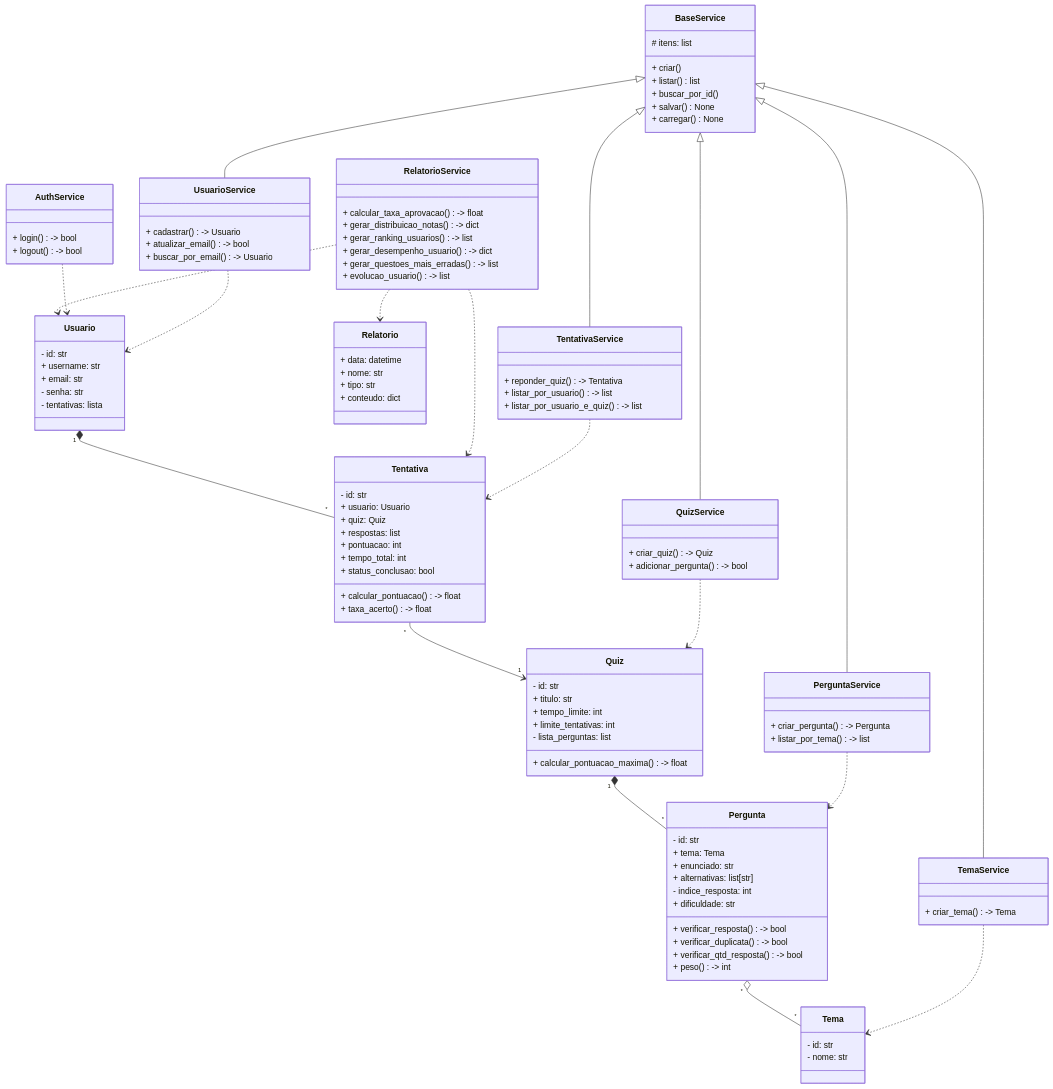
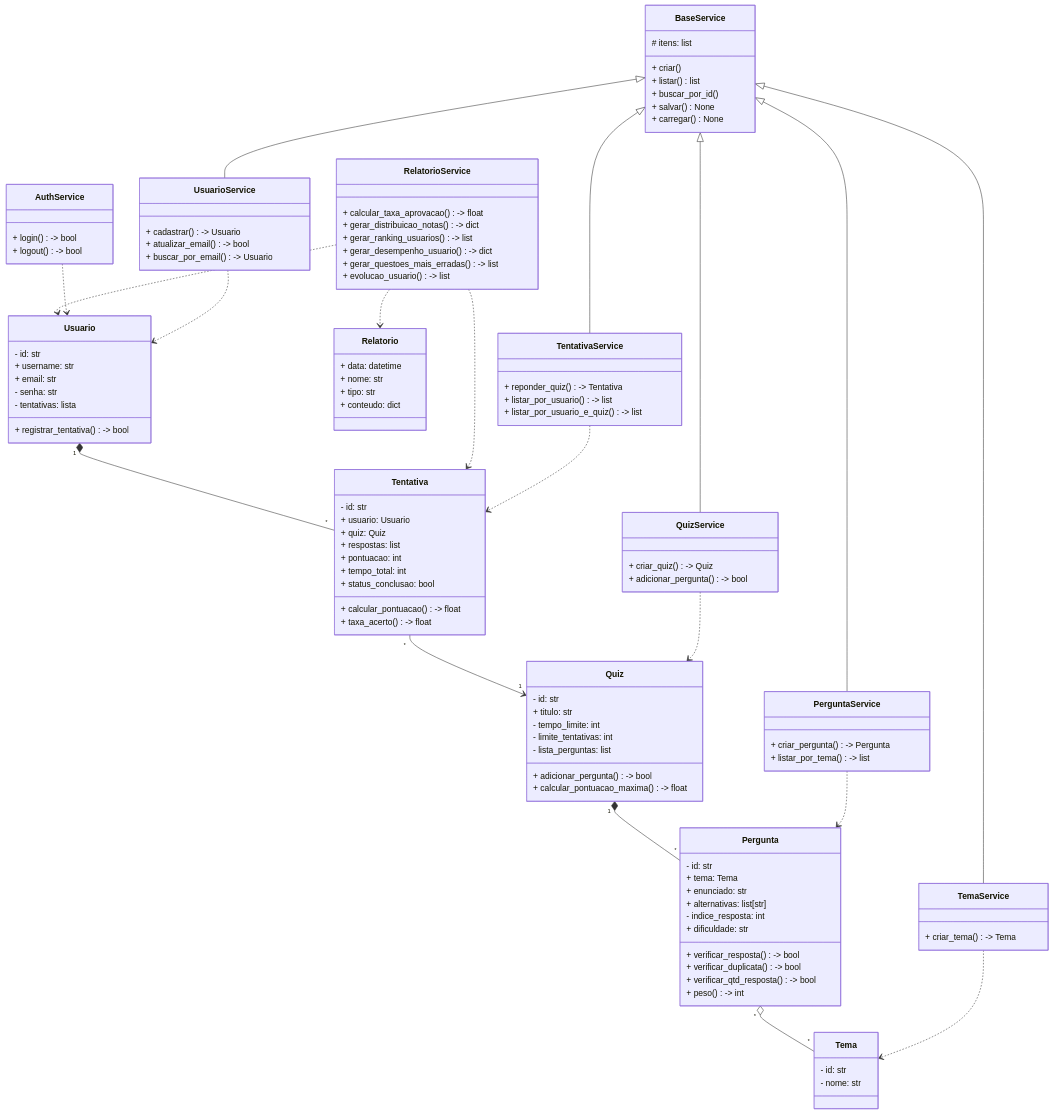
One commit to EzequielFerreira35/sistema-de-quiz-educacional changed the diagram in README.md. Above: the diagram before and after it, drawn with Mermaid. The commit also changed 3 other files, not shown here.

```diff
--- a/README.md
+++ b/README.md
@@ -18,9 +18,10 @@
     class Quiz {
         - id: str
         + titulo: str
-        + tempo_limite: int
-        + limite_tentativas: int
+        - tempo_limite: int
+        - limite_tentativas: int
         - lista_perguntas: list
+        + adicionar_pergunta() -> bool
         + calcular_pontuacao_maxima() -> float
     }
 
@@ -44,6 +45,7 @@
         + email: str
         - senha: str
         - tentativas: lista
+        + registrar_tentativa() -> bool
     }
 
     class Tentativa {
```
